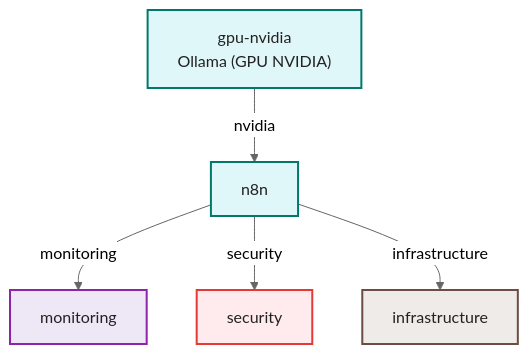
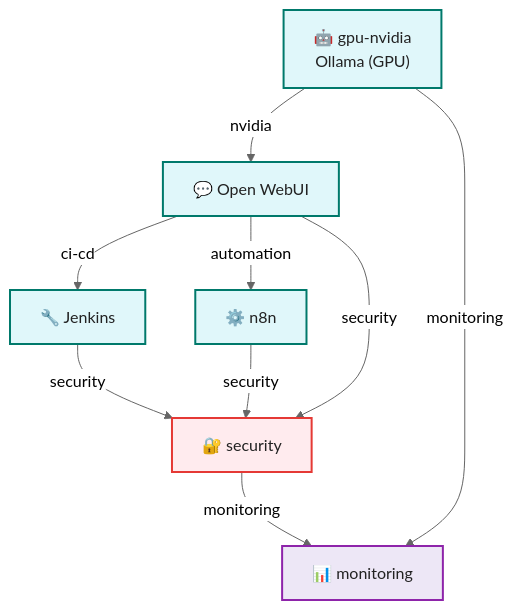
Before and after one commit to emujicad/my-selfhosted-ai-kit: the diagram in diagrams_mmd/prod_stack_full.mmd, drawn with Mermaid (neutral theme). The commit also changed 14 other files, not shown here.

First line of the commit message:
docs(media): Sync Mermaid diagrams and generate PNG assets

```diff
--- a/diagrams_mmd/prod_stack_full.mmd
+++ b/diagrams_mmd/prod_stack_full.mmd
@@ -1,14 +1,21 @@
 flowchart TD
-    NVIDIA["gpu-nvidia\nOllama (GPU NVIDIA)"] -- nvidia --> N8N["n8n"]
-    N8N -- monitoring --> MON["monitoring"]
-    N8N -- security --> SEC["security"]
-    N8N -- infrastructure --> INFRA["infrastructure"]
+    NVIDIA["🤖 gpu-nvidia\nOllama (GPU)"] -- nvidia --> WEBUI["💬 Open WebUI"]
+    WEBUI -- automation --> N8N["⚙️ n8n"]
+    WEBUI -- ci-cd --> JENKINS["🔧 Jenkins"]
+    
+    JENKINS -- security --> SEC["🔐 security"]
+    N8N -- security --> SEC
+    WEBUI -- security --> SEC
+    
+    SEC -- monitoring --> MON["📊 monitoring"]
+    NVIDIA -- monitoring --> MON
+    
     classDef ia fill:#e0f7fa,stroke:#00796b,stroke-width:2px,color:#222;
     classDef monitoring fill:#ede7f6,stroke:#8e24aa,stroke-width:2px,color:#222;
     classDef security fill:#ffebee,stroke:#e53935,stroke-width:2px,color:#222;
     classDef infra fill:#efebe9,stroke:#6d4c41,stroke-width:2px,color:#222;
-    class NVIDIA ia;
-    class N8N ia;
+    
+    class NVIDIA,WEBUI,N8N ia;
+    class JENKINS ia;
     class MON monitoring;
-    class SEC security;
-    class INFRA infra; 
+    class SEC security; 
```
